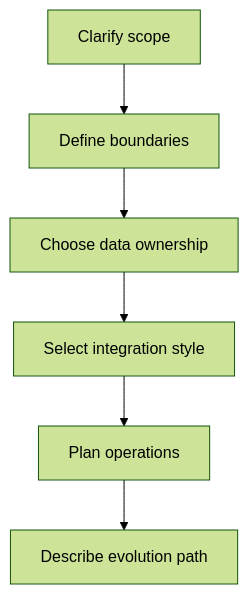
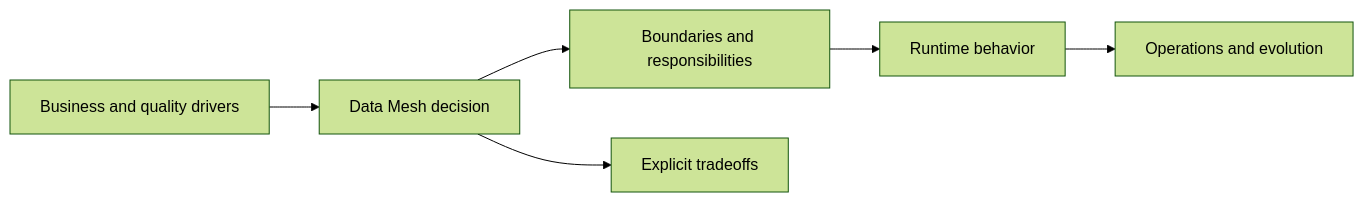
One commit to abstractinterviews/abstractinterviews.github.io changed the second of 3 diagrams in architecture/data-architectures/data-mesh/index.md. Above: the diagram before and after it, drawn with Mermaid (forest theme). The commit also changed other lines of this file and 278 other files, not shown here.

````diff
--- a/architecture/data-architectures/data-mesh/index.md
+++ b/architecture/data-architectures/data-mesh/index.md
@@ -107,8 +98,8 @@
-~~~mermaid
-flowchart TD
-    Scope["Clarify scope"] --> Boundaries["Define boundaries"]
-    Boundaries --> Data["Choose data ownership"]
-    Data --> Integration["Select integration style"]
-    Integration --> Ops["Plan operations"]
-    Ops --> Evolution["Describe evolution path"]
-~~~
+```mermaid
+flowchart LR
+    Drivers["Business and quality drivers"] --> Decision["Data Mesh decision"]
+    Decision --> Structure["Boundaries and responsibilities"]
+    Structure --> Runtime["Runtime behavior"]
+    Runtime --> Ops["Operations and evolution"]
+    Decision --> Tradeoffs["Explicit tradeoffs"]
+```
````
